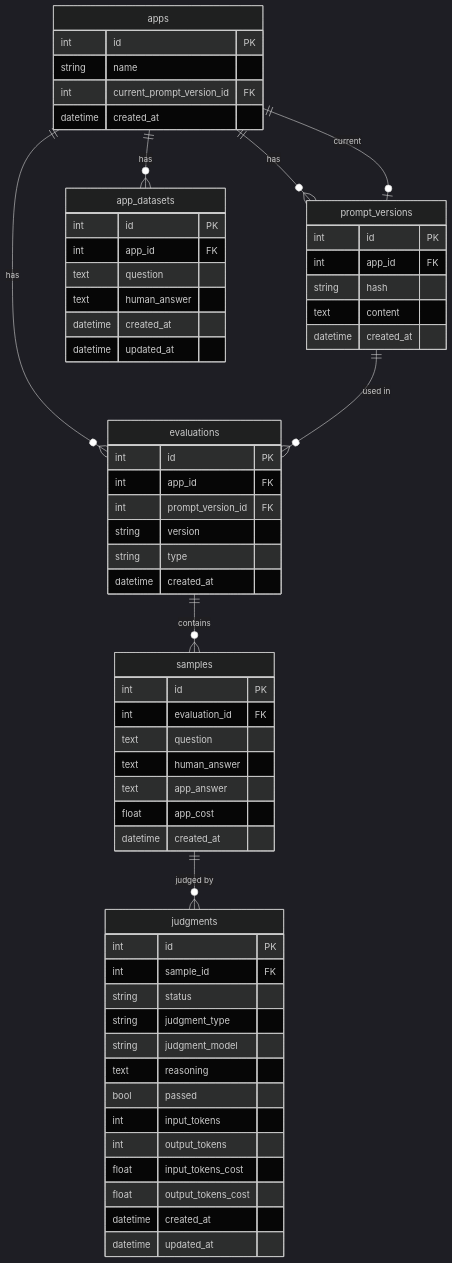
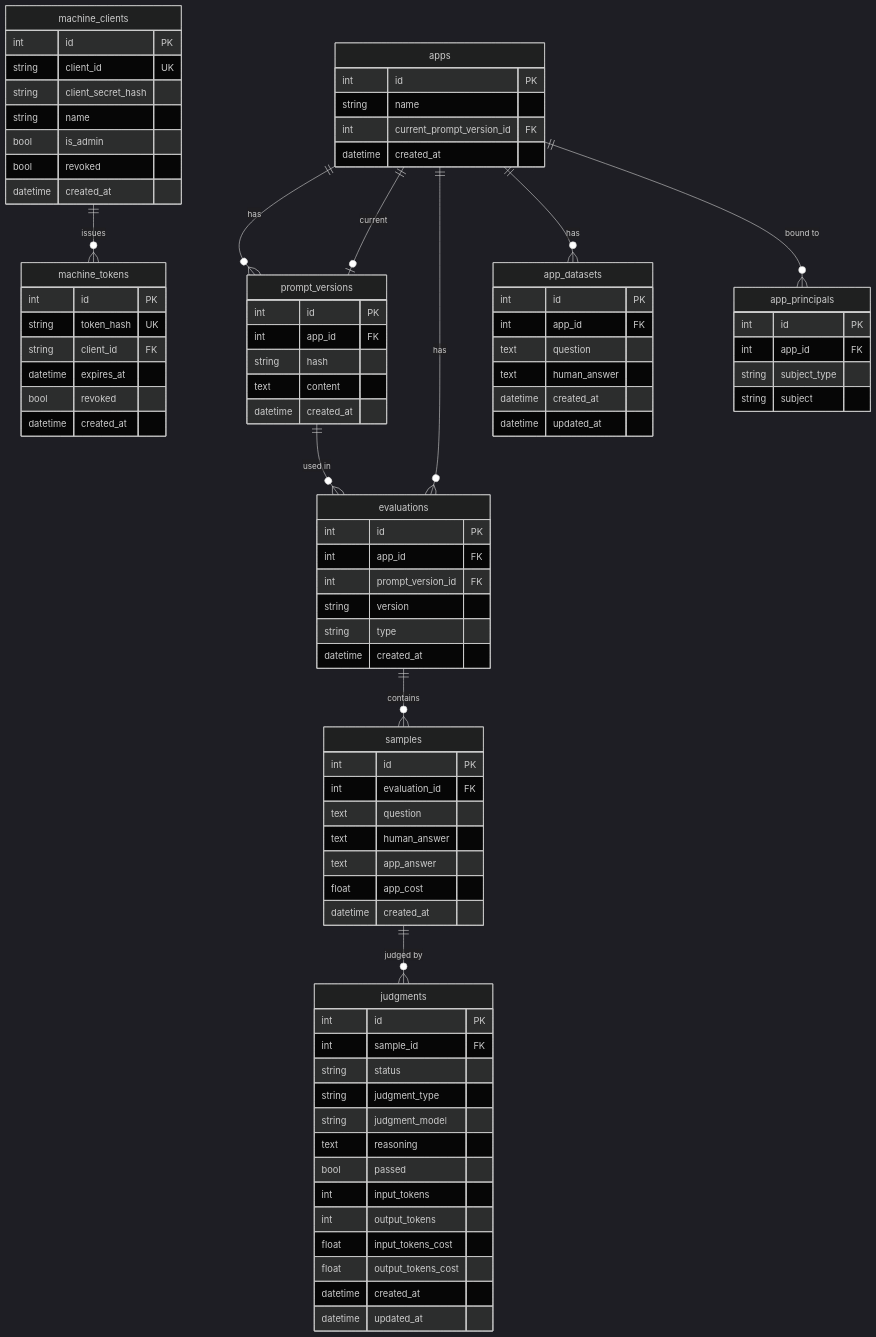
One commit to cognitai-labs-dev/verdikt changed the second of 2 diagrams in backend/README.md. Above: the diagram before and after it, drawn with Mermaid (dark theme). The commit also changed other lines of this file and 61 other files, not shown here.

````diff
--- a/backend/README.md
+++ b/backend/README.md
@@ -181,6 +181,32 @@
         datetime updated_at
     }
 
+    machine_clients {
+        int id PK
+        string client_id UK
+        string client_secret_hash
+        string name
+        bool is_admin
+        bool revoked
+        datetime created_at
+    }
+
+    machine_tokens {
+        int id PK
+        string token_hash UK
+        string client_id FK
+        datetime expires_at
+        bool revoked
+        datetime created_at
+    }
+
+    app_principals {
+        int id PK
+        int app_id FK
+        string subject_type
+        string subject
+    }
+
     apps ||--o{ prompt_versions : "has"
     apps ||--o| prompt_versions : "current"
     apps ||--o{ evaluations : "has"
@@ -188,4 +214,6 @@
     prompt_versions ||--o{ evaluations : "used in"
     evaluations ||--o{ samples : "contains"
     samples ||--o{ judgments : "judged by"
+    machine_clients ||--o{ machine_tokens : "issues"
+    apps ||--o{ app_principals : "bound to"
 ```
````
